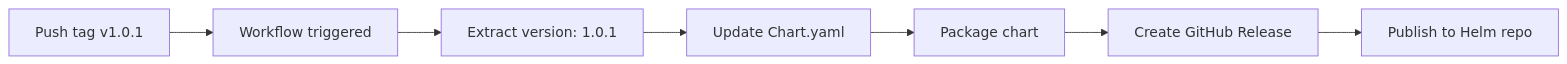
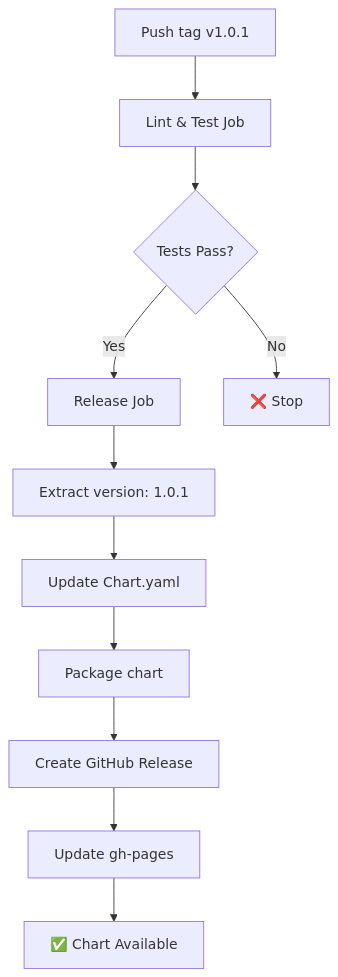
The diagram in docs/RELEASE_GUIDE.md (CMCS-Norway/monitoringHelmTemplate), drawn with Mermaid before and after one commit. The commit also changed other lines of this file and 6 other files, not shown here.

First line of the commit message:
Add release automation docs and workflow improvements

````diff
--- a/docs/RELEASE_GUIDE.md
+++ b/docs/RELEASE_GUIDE.md
@@ -39,9 +62,13 @@
 ```mermaid
-graph LR
-    A[Push tag v1.0.1] --> B[Workflow triggered]
-    B --> C[Extract version: 1.0.1]
-    C --> D[Update Chart.yaml]
-    D --> E[Package chart]
-    E --> F[Create GitHub Release]
-    F --> G[Publish to Helm repo]
+graph TB
+    A[Push tag v1.0.1] --> B[Lint & Test Job]
+    B --> C{Tests Pass?}
+    C -->|Yes| D[Release Job]
+    C -->|No| E[❌ Stop]
+    D --> F[Extract version: 1.0.1]
+    F --> G[Update Chart.yaml]
+    G --> H[Package chart]
+    H --> I[Create GitHub Release]
+    I --> J[Update gh-pages]
+    J --> K[✅ Chart Available]
 ```
````
